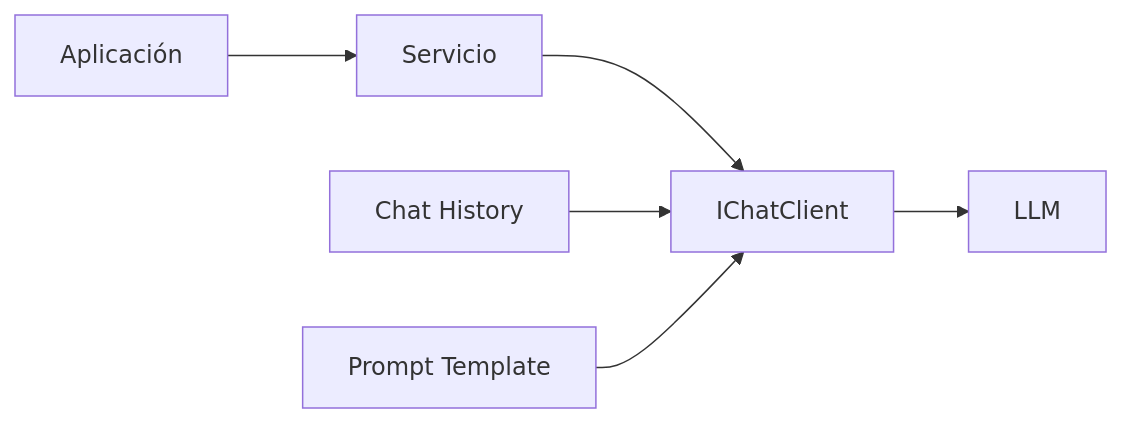
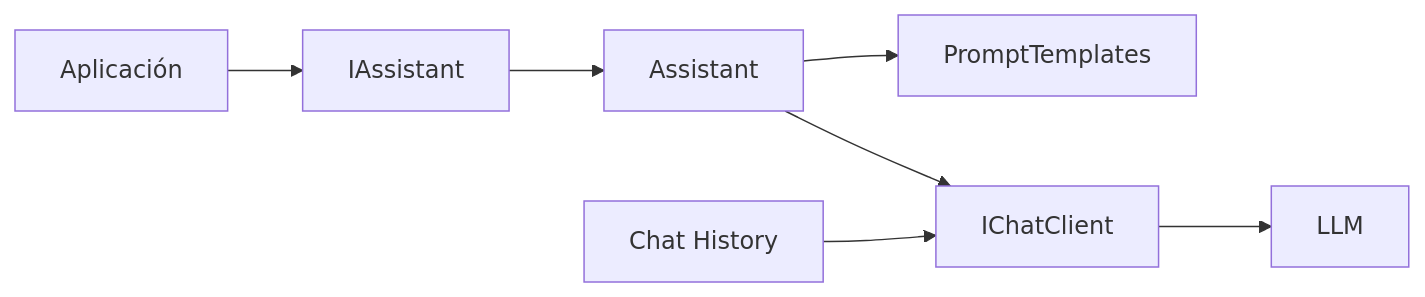
The second of 9 diagrams in ROADMAP.md (danielcalvindeveloper/dac-learning-ai-dotnet), drawn with Mermaid before and after one commit. The commit also changed other lines of this file and 1 other file, not shown here.

````diff
--- a/ROADMAP.md
+++ b/ROADMAP.md
@@ -161,8 +161,9 @@
 ```mermaid
 flowchart LR
-    A[Aplicación] --> S[Servicio]
-    S --> C[IChatClient]
+    A[Aplicación] --> S[IAssistant]
+    S --> I[Assistant]
+    I --> P[PromptTemplates]
+    I --> C[IChatClient]
     H[Chat History] --> C
-    P[Prompt Template] --> C
     C --> L[LLM]
 ```
````
